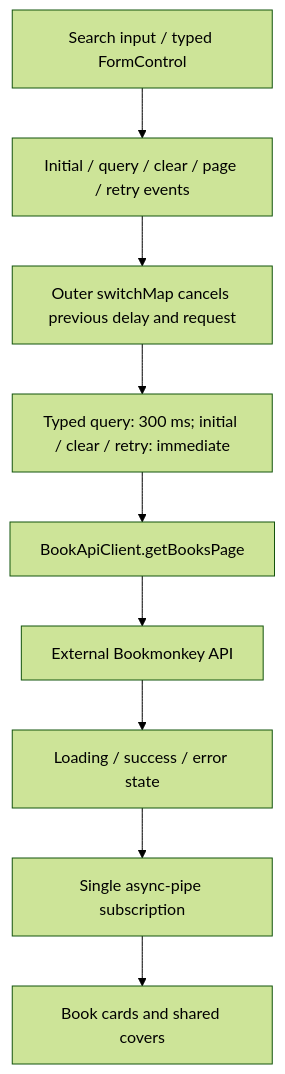
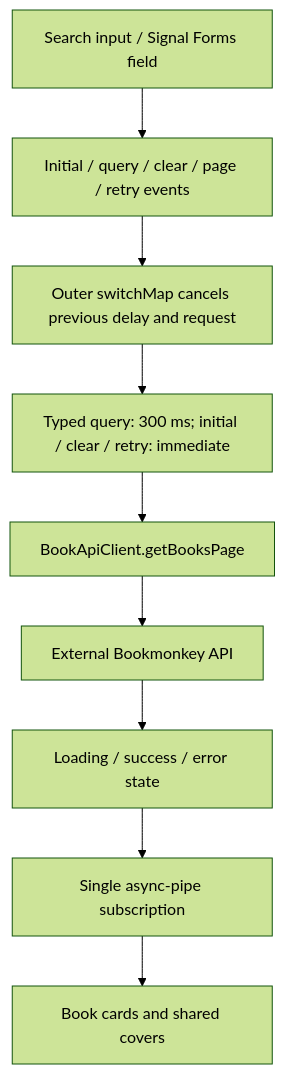
Before and after one commit to lopitz97/ki-software-engineer: the diagram in ARCHITECTURE.md, drawn with Mermaid (forest theme). The commit also changed other lines of this file and 9 other files, not shown here.

````diff
--- a/ARCHITECTURE.md
+++ b/ARCHITECTURE.md
@@ -86,11 +86,11 @@
 ```mermaid
 flowchart TD
-    Input[Search input / typed FormControl] --> Events[Initial / query / clear / page / retry events]
+    Input[Search input / Signal Forms field] --> Events[Initial / query / clear / page / retry events]
     Events --> Switch[Outer switchMap cancels previous delay and request]
     Switch --> Delay[Typed query: 300 ms; initial / clear / retry: immediate]
     Delay --> Client[BookApiClient.getBooksPage]
     Client --> API[External Bookmonkey API]
     API --> State[Loading / success / error state]
     State --> Async[Single async-pipe subscription]
     Async --> Cards[Book cards and shared covers]
 ```
````
